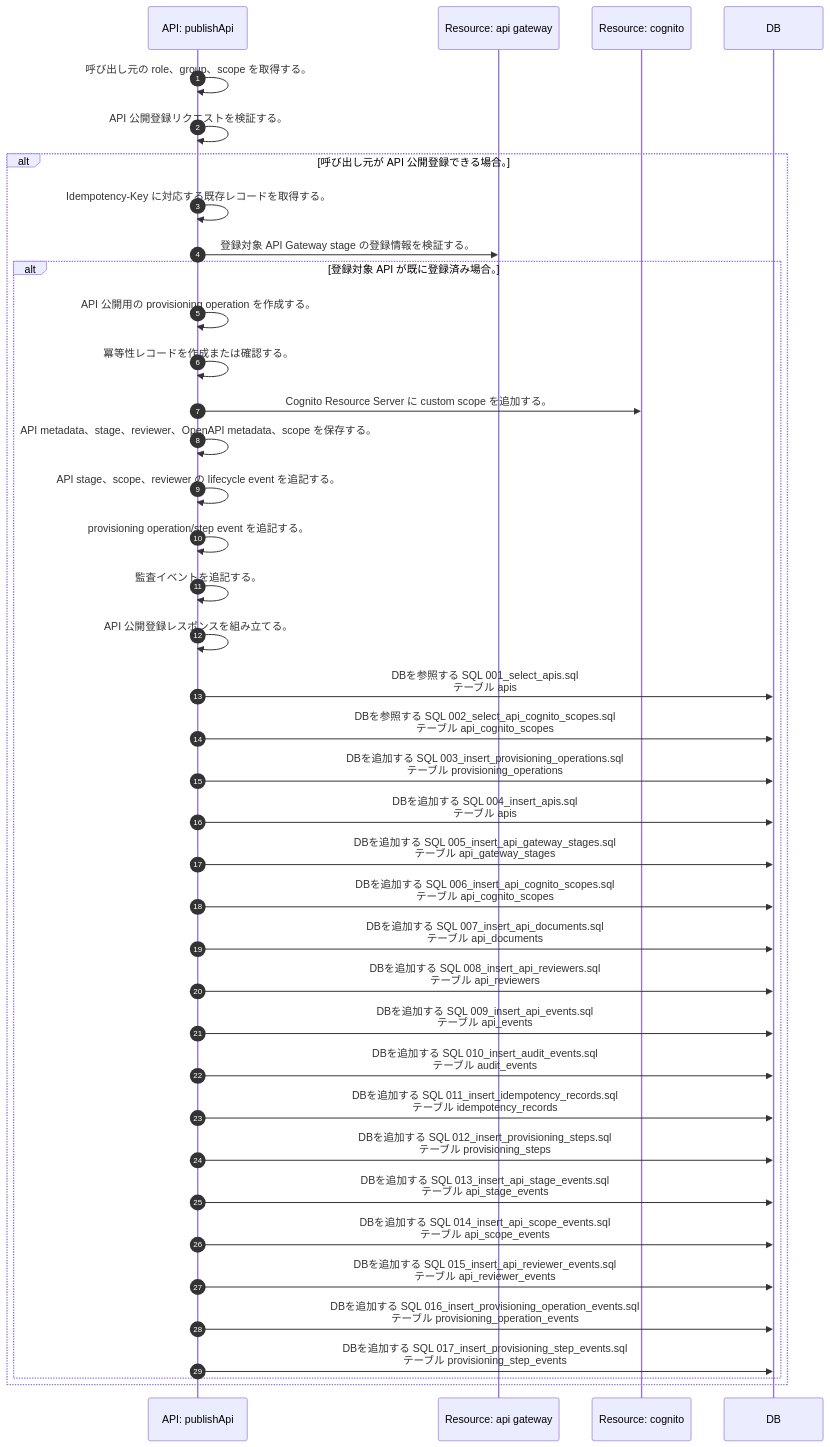
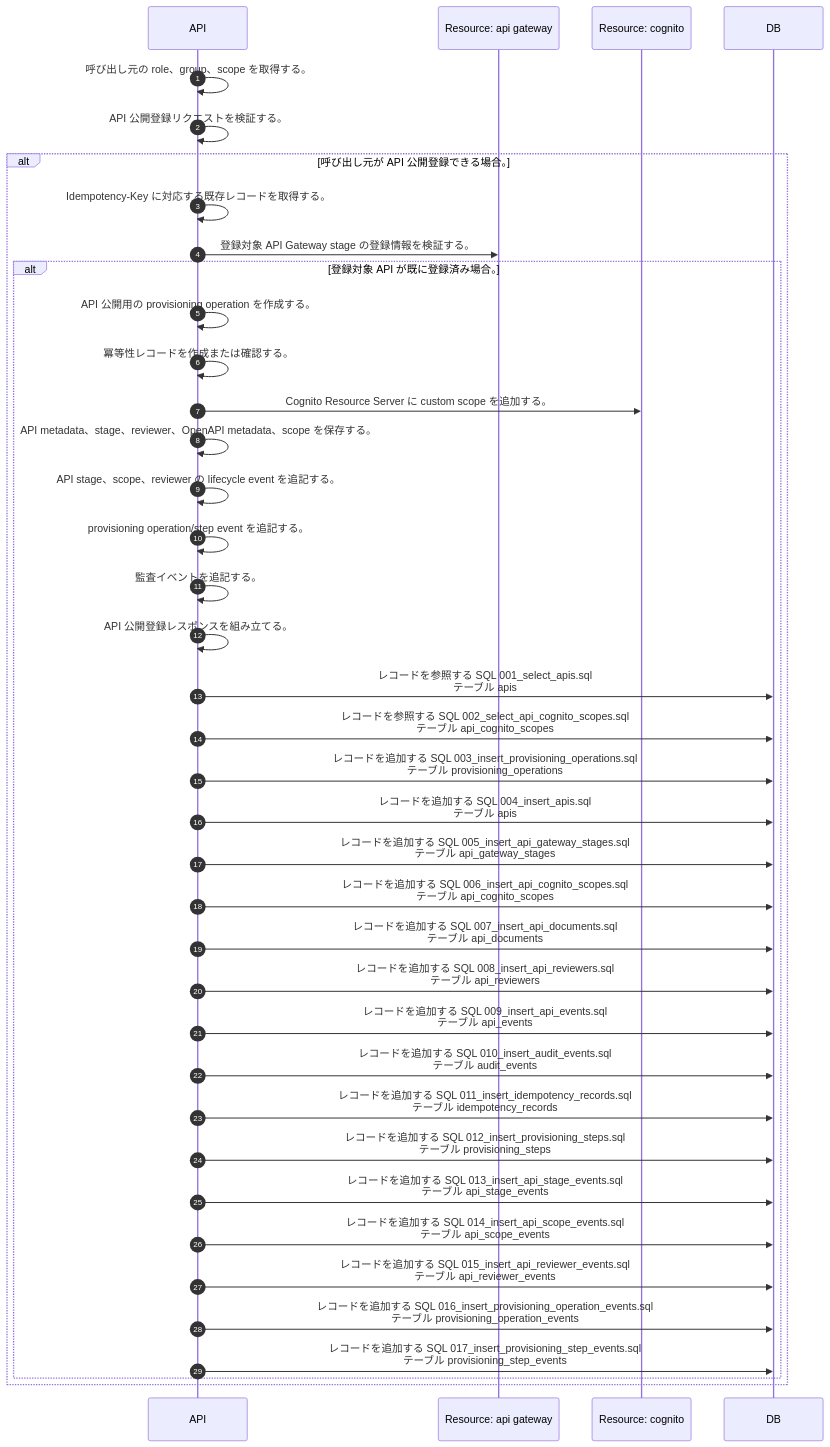
The diagram in docs/spec/40.apis/apis/publish_api/sequence_gen.md (tsuji-tomonori/lazunex), drawn with Mermaid before and after one commit. The commit also changed 15 other files, not shown here.

First line of the commit message:
🐛 fix(api): sequenceのAPI名とDB操作表現を修正

````diff
--- a/docs/spec/40.apis/apis/publish_api/sequence_gen.md
+++ b/docs/spec/40.apis/apis/publish_api/sequence_gen.md
@@ -5,41 +5,41 @@
 ```mermaid
 sequenceDiagram
   autonumber
-  participant API as API: publishApi
+  participant API as API
   participant R_api_gateway as Resource: api gateway
   participant R_cognito as Resource: cognito
   participant DB as DB
   API->>API: 呼び出し元の role、group、scope を取得する。
   API->>API: API 公開登録リクエストを検証する。
   alt 呼び出し元が API 公開登録できる場合。
     API->>API: Idempotency-Key に対応する既存レコードを取得する。
     API->>R_api_gateway: 登録対象 API Gateway stage の登録情報を検証する。
     alt 登録対象 API が既に登録済み場合。
       API->>API: API 公開用の provisioning operation を作成する。
       API->>API: 冪等性レコードを作成または確認する。
       API->>R_cognito: Cognito Resource Server に custom scope を追加する。
       API->>API: API metadata、stage、reviewer、OpenAPI metadata、scope を保存する。
       API->>API: API stage、scope、reviewer の lifecycle event を追記する。
       API->>API: provisioning operation/step event を追記する。
       API->>API: 監査イベントを追記する。
       API->>API: API 公開登録レスポンスを組み立てる。
-      API->>DB: DBを参照する SQL 001_select_apis.sql<br/>テーブル apis
-      API->>DB: DBを参照する SQL 002_select_api_cognito_scopes.sql<br/>テーブル api_cognito_scopes
-      API->>DB: DBを追加する SQL 003_insert_provisioning_operations.sql<br/>テーブル provisioning_operations
-      API->>DB: DBを追加する SQL 004_insert_apis.sql<br/>テーブル apis
-      API->>DB: DBを追加する SQL 005_insert_api_gateway_stages.sql<br/>テーブル api_gateway_stages
-      API->>DB: DBを追加する SQL 006_insert_api_cognito_scopes.sql<br/>テーブル api_cognito_scopes
-      API->>DB: DBを追加する SQL 007_insert_api_documents.sql<br/>テーブル api_documents
-      API->>DB: DBを追加する SQL 008_insert_api_reviewers.sql<br/>テーブル api_reviewers
-      API->>DB: DBを追加する SQL 009_insert_api_events.sql<br/>テーブル api_events
-      API->>DB: DBを追加する SQL 010_insert_audit_events.sql<br/>テーブル audit_events
-      API->>DB: DBを追加する SQL 011_insert_idempotency_records.sql<br/>テーブル idempotency_records
-      API->>DB: DBを追加する SQL 012_insert_provisioning_steps.sql<br/>テーブル provisioning_steps
-      API->>DB: DBを追加する SQL 013_insert_api_stage_events.sql<br/>テーブル api_stage_events
-      API->>DB: DBを追加する SQL 014_insert_api_scope_events.sql<br/>テーブル api_scope_events
-      API->>DB: DBを追加する SQL 015_insert_api_reviewer_events.sql<br/>テーブル api_reviewer_events
-      API->>DB: DBを追加する SQL 016_insert_provisioning_operation_events.sql<br/>テーブル provisioning_operation_events
-      API->>DB: DBを追加する SQL 017_insert_provisioning_step_events.sql<br/>テーブル provisioning_step_events
+      API->>DB: レコードを参照する SQL 001_select_apis.sql<br/>テーブル apis
+      API->>DB: レコードを参照する SQL 002_select_api_cognito_scopes.sql<br/>テーブル api_cognito_scopes
+      API->>DB: レコードを追加する SQL 003_insert_provisioning_operations.sql<br/>テーブル provisioning_operations
+      API->>DB: レコードを追加する SQL 004_insert_apis.sql<br/>テーブル apis
+      API->>DB: レコードを追加する SQL 005_insert_api_gateway_stages.sql<br/>テーブル api_gateway_stages
+      API->>DB: レコードを追加する SQL 006_insert_api_cognito_scopes.sql<br/>テーブル api_cognito_scopes
+      API->>DB: レコードを追加する SQL 007_insert_api_documents.sql<br/>テーブル api_documents
+      API->>DB: レコードを追加する SQL 008_insert_api_reviewers.sql<br/>テーブル api_reviewers
+      API->>DB: レコードを追加する SQL 009_insert_api_events.sql<br/>テーブル api_events
+      API->>DB: レコードを追加する SQL 010_insert_audit_events.sql<br/>テーブル audit_events
+      API->>DB: レコードを追加する SQL 011_insert_idempotency_records.sql<br/>テーブル idempotency_records
+      API->>DB: レコードを追加する SQL 012_insert_provisioning_steps.sql<br/>テーブル provisioning_steps
+      API->>DB: レコードを追加する SQL 013_insert_api_stage_events.sql<br/>テーブル api_stage_events
+      API->>DB: レコードを追加する SQL 014_insert_api_scope_events.sql<br/>テーブル api_scope_events
+      API->>DB: レコードを追加する SQL 015_insert_api_reviewer_events.sql<br/>テーブル api_reviewer_events
+      API->>DB: レコードを追加する SQL 016_insert_provisioning_operation_events.sql<br/>テーブル provisioning_operation_events
+      API->>DB: レコードを追加する SQL 017_insert_provisioning_step_events.sql<br/>テーブル provisioning_step_events
     end
   end
 ```
````
